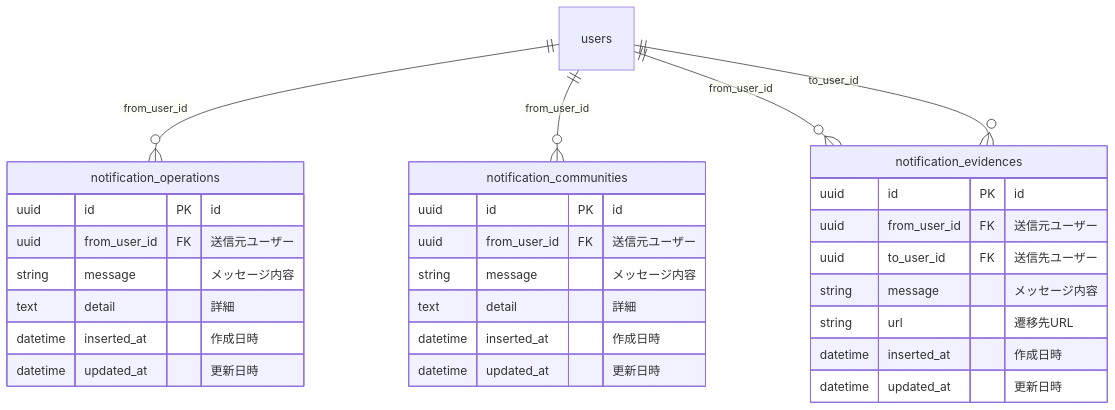
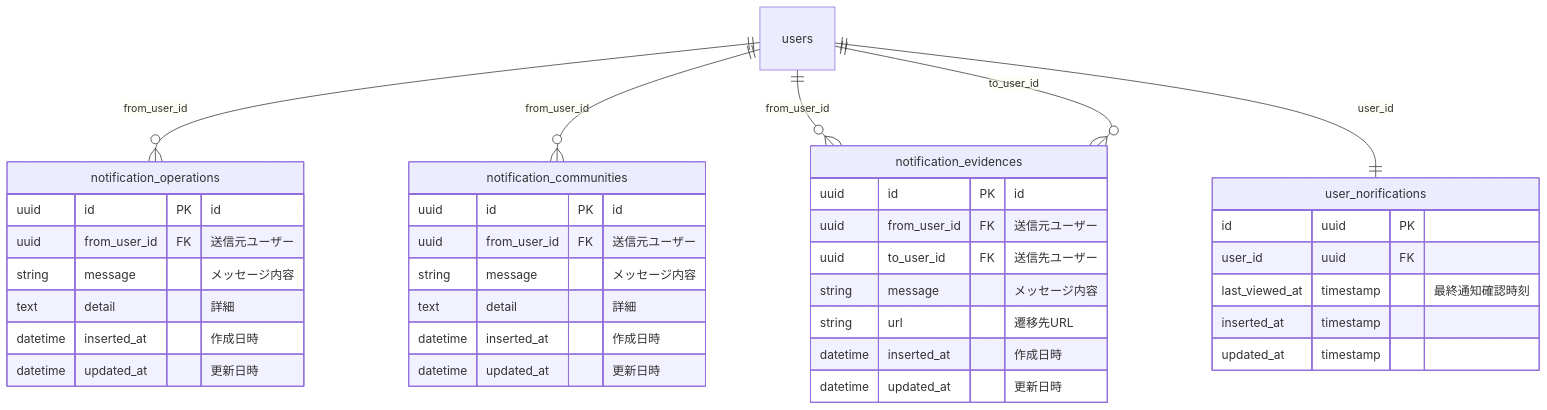
Before and after one commit to bright-org/bright: the seventh of 7 diagrams in docs/conceptual_schemas/notifications.md, drawn with Mermaid. The commit also changed other lines of this file, not shown here.

````diff
--- a/docs/conceptual_schemas/notifications.md
+++ b/docs/conceptual_schemas/notifications.md
@@ -103,37 +150,47 @@
 ```mermaid
 erDiagram
   "users" ||--o{ "notification_operations" : "from_user_id"
 
   notification_operations {
     uuid id PK "id"
     uuid from_user_id	FK "送信元ユーザー"
     string message	"メッセージ内容"
     text detail	"詳細"
     datetime inserted_at "作成日時"
     datetime updated_at "更新日時"
   }
 
   "users" ||--o{ "notification_communities" : "from_user_id"
 
   notification_communities {
     uuid id PK "id"
     uuid from_user_id	FK "送信元ユーザー"
     string message	"メッセージ内容"
     text detail	"詳細"
     datetime inserted_at "作成日時"
     datetime updated_at "更新日時"
   }
 
   "users" ||--o{ "notification_evidences" : "from_user_id"
   "users" ||--o{ "notification_evidences" : "to_user_id"
 
   notification_evidences {
     uuid id PK "id"
     uuid from_user_id	FK "送信元ユーザー"
     uuid to_user_id	FK "送信先ユーザー"
     string message	"メッセージ内容"
     string url	"遷移先URL"
     datetime inserted_at "作成日時"
     datetime updated_at "更新日時"
   }
+
+  "users" ||--|| "user_norifications" : "user_id"
+
+  user_norifications {
+    id uuid PK
+    user_id uuid FK
+    last_viewed_at timestamp "最終通知確認時刻"
+    inserted_at timestamp
+    updated_at timestamp
+  }
 ```
````
